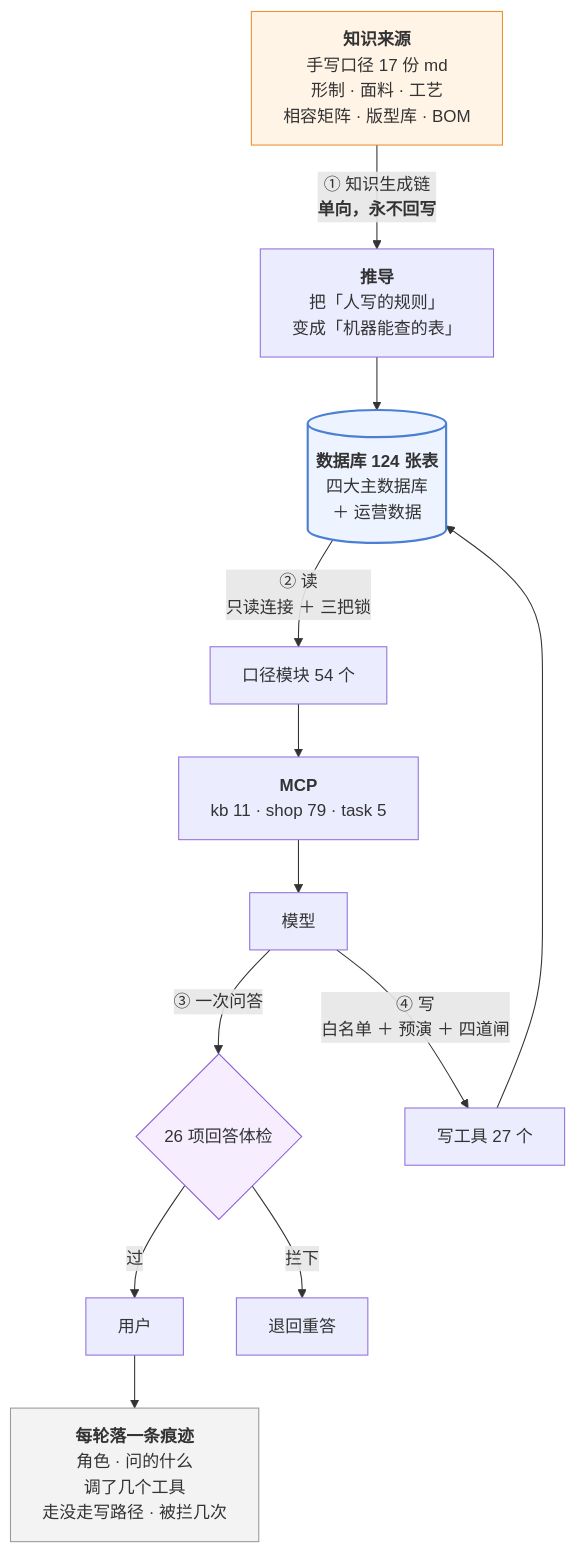
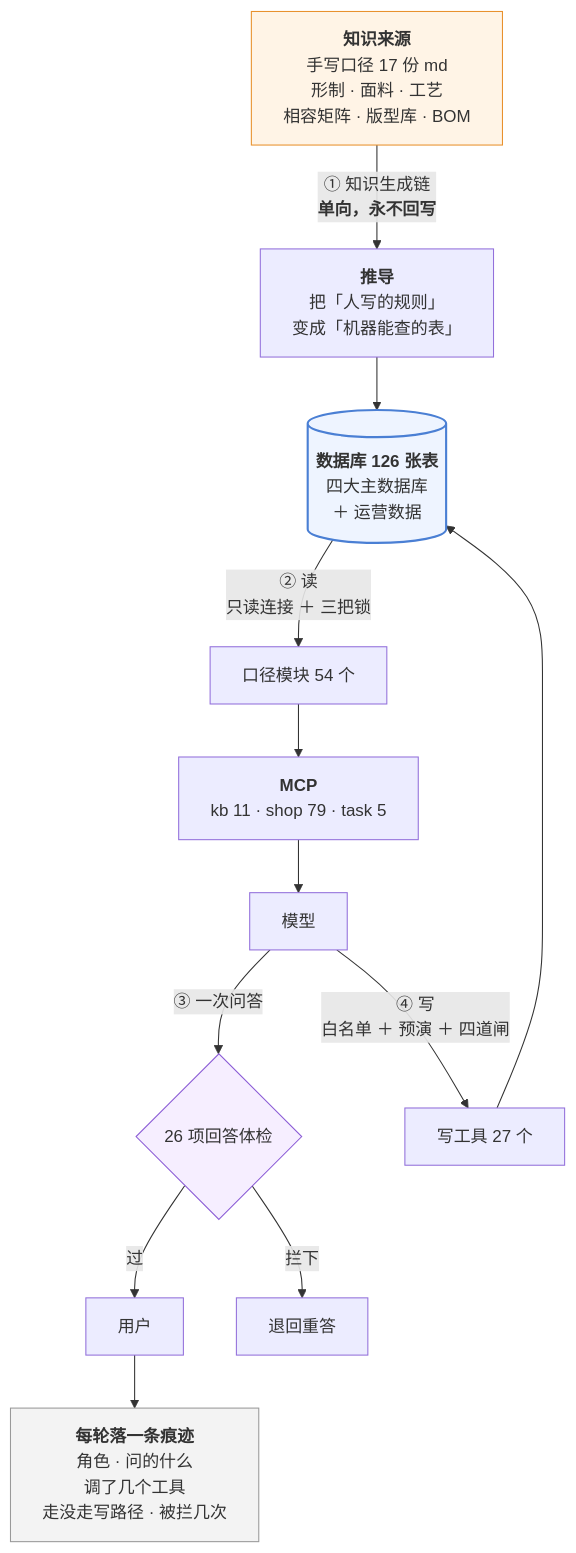
One commit to 843773296-rgb/lanxiu-yunshang-agent changed the third of 3 diagrams in 澜绣云裳agent-产品说明.md. Above: the diagram before and after it, drawn with Mermaid. The commit also changed other lines of this file and 6 other files, not shown here.

````diff
--- a/澜绣云裳agent-产品说明.md
+++ b/澜绣云裳agent-产品说明.md
@@ -1004,24 +1004,24 @@
 ```mermaid
 flowchart TD
     MD["<b>知识来源</b><br/>手写口径 17 份 md<br/>形制 · 面料 · 工艺<br/>相容矩阵 · 版型库 · BOM"]
     MD -->|"① 知识生成链<br/><b>单向，永不回写</b>"| DV["<b>推导</b><br/>把「人写的规则」<br/>变成「机器能查的表」"]
-    DV --> DB[("<b>数据库 124 张表</b><br/>四大主数据库<br/>＋ 运营数据")]
+    DV --> DB[("<b>数据库 126 张表</b><br/>四大主数据库<br/>＋ 运营数据")]
 
     DB -->|"② 读<br/>只读连接 ＋ 三把锁"| KJ["口径模块 54 个"]
     KJ --> MCP["<b>MCP</b><br/>kb 11 · shop 79 · task 5"]
     MCP --> LLM["模型"]
 
     LLM -->|"③ 一次问答"| GD{"26 项回答体检"}
     GD -- 过 --> U["用户"]
     GD -- 拦下 --> RE["退回重答"]
 
     LLM -->|"④ 写<br/>白名单 ＋ 预演 ＋ 四道闸"| W["写工具 27 个"]
     W --> DB
 
     U --> TR["<b>每轮落一条痕迹</b><br/>角色 · 问的什么<br/>调了几个工具<br/>走没走写路径 · 被拦几次"]
 
     style MD fill:#fff4e6,stroke:#e8912d
     style DB fill:#eef4ff,stroke:#4a7fd4,stroke-width:2px
     style GD fill:#f6eeff,stroke:#8b5cd6
     style TR fill:#f3f3f3,stroke:#999
 ```
````
